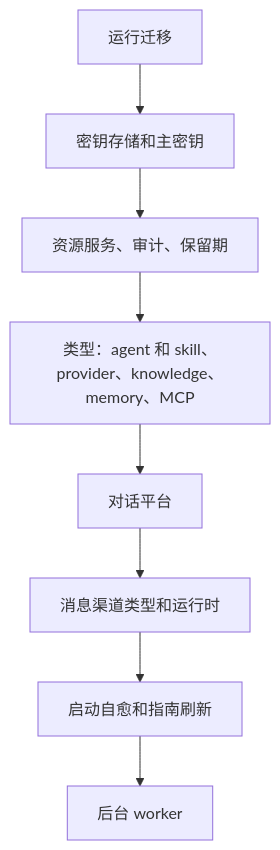
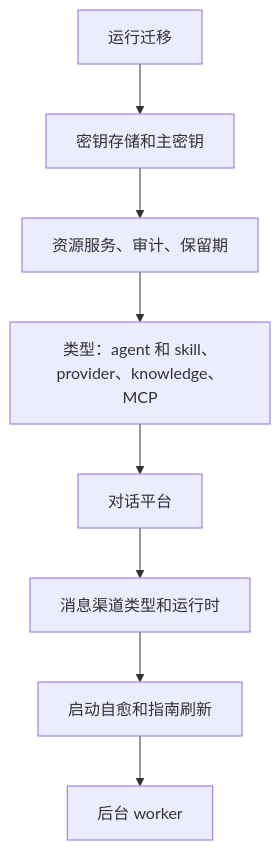
One commit to wyx-sg/Coffer changed the second of 2 diagrams in docs-site/zh/architecture/layering.md. Above: the diagram before and after it, drawn with Mermaid. The commit also changed other lines of this file and 521 other files, not shown here.

````diff
--- a/docs-site/zh/architecture/layering.md
+++ b/docs-site/zh/architecture/layering.md
@@ -84,10 +84,10 @@
 ```mermaid
 flowchart TB
   M["运行迁移"] --> C["密钥存储和主密钥"]
   C --> R["资源服务、审计、保留期"]
-  R --> K["类型：agent 和 skill、provider、knowledge、memory、MCP"]
+  R --> K["类型：agent 和 skill、provider、knowledge、MCP"]
   K --> CH["对话平台"]
   CH --> CN["消息渠道类型和运行时"]
   CN --> H["启动自愈和指南刷新"]
   H --> W["后台 worker"]
 ```
````
